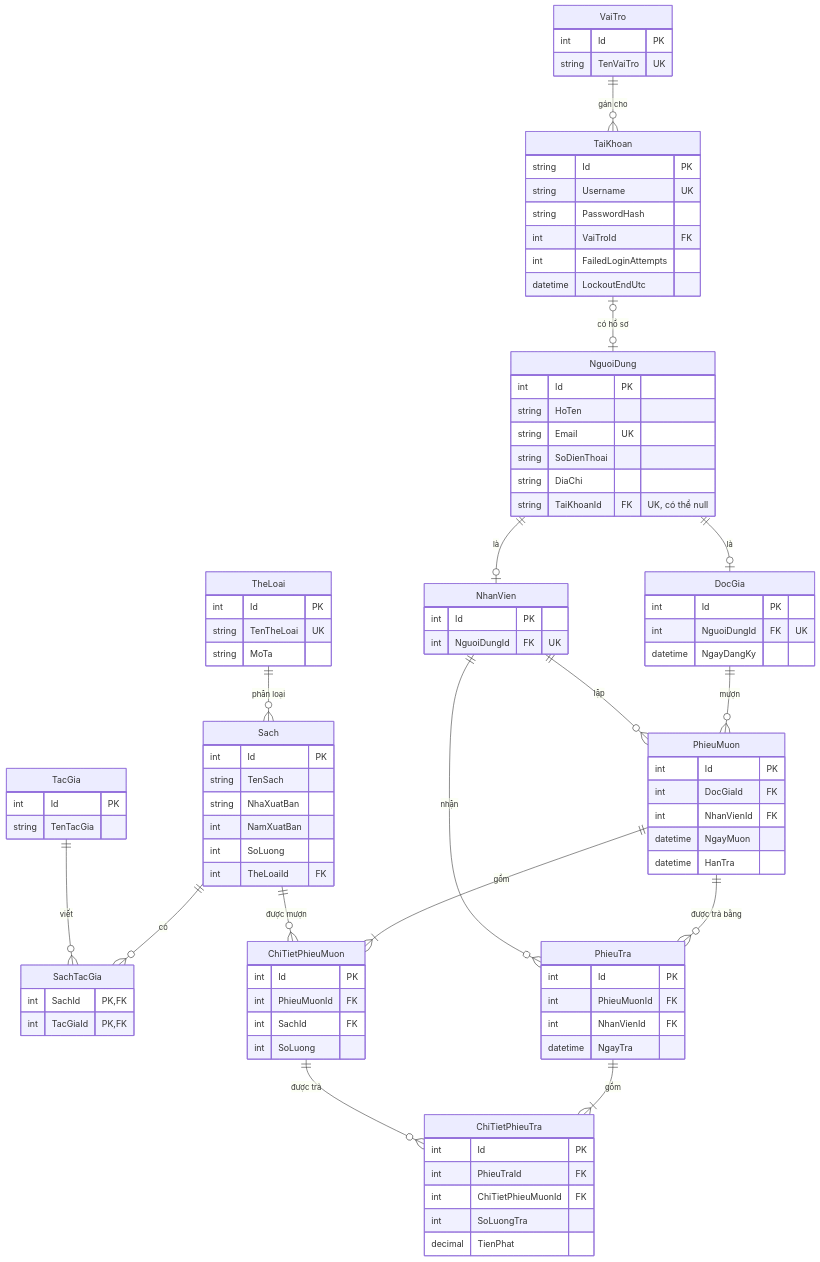
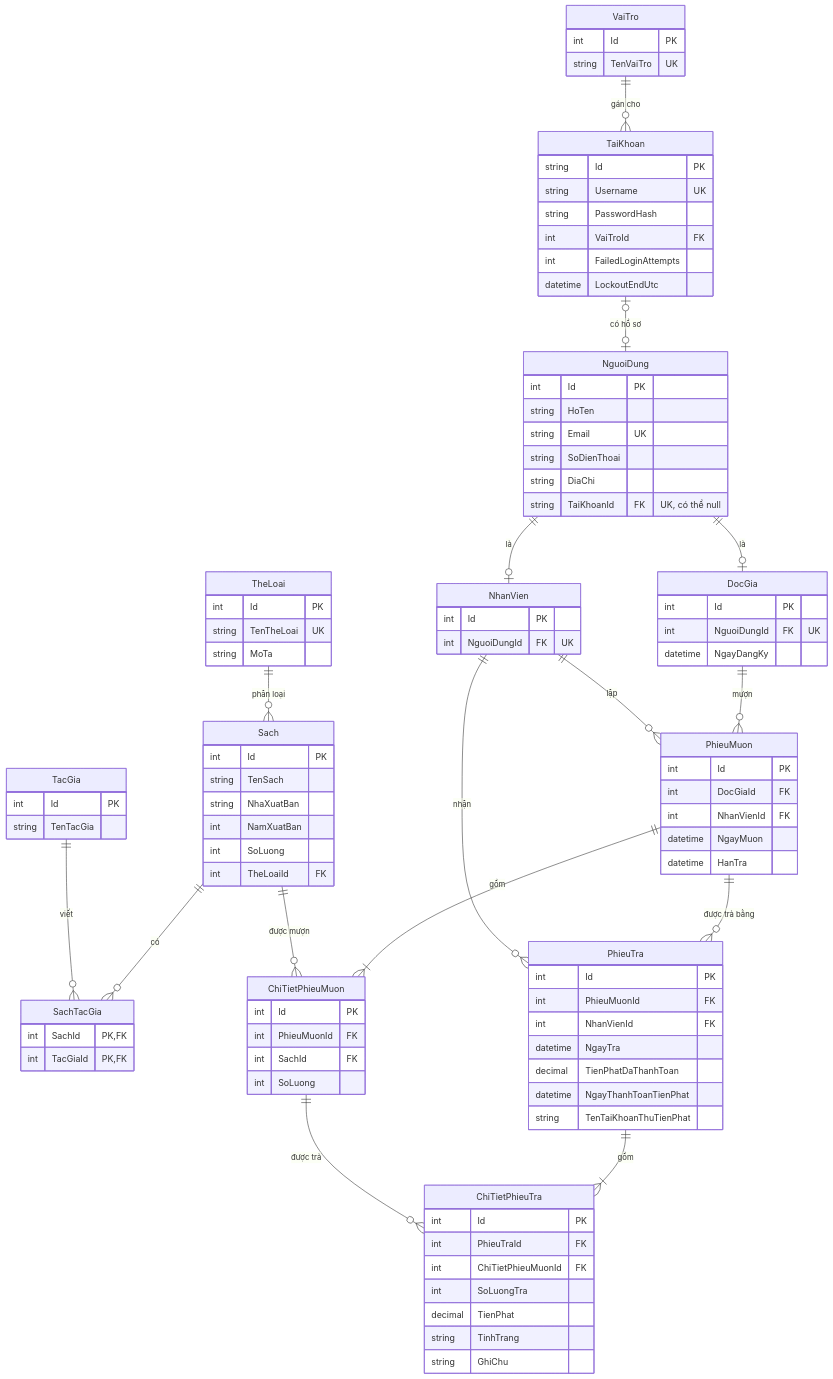
Before and after one commit to KiuKuma/quan-ly-muon-tra-sach-thu-vien: the second of 2 diagrams in docs/ERD.md, drawn with Mermaid. The commit also changed other lines of this file and 26 other files, not shown here.

Commit message:
feat: xu ly luong tao phieu muon, tra sach va tinh tien phat tre han luy tien

````diff
--- a/docs/ERD.md
+++ b/docs/ERD.md
@@ -193,6 +217,9 @@
         int PhieuMuonId FK
         int NhanVienId FK
         datetime NgayTra
+        decimal TienPhatDaThanhToan
+        datetime NgayThanhToanTienPhat
+        string TenTaiKhoanThuTienPhat
     }
     ChiTietPhieuTra {
         int Id PK
@@ -200,5 +227,7 @@
         int ChiTietPhieuMuonId FK
         int SoLuongTra
         decimal TienPhat
+        string TinhTrang
+        string GhiChu
     }
 ```
````
